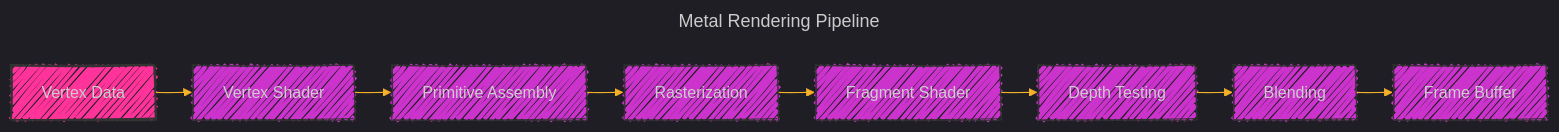
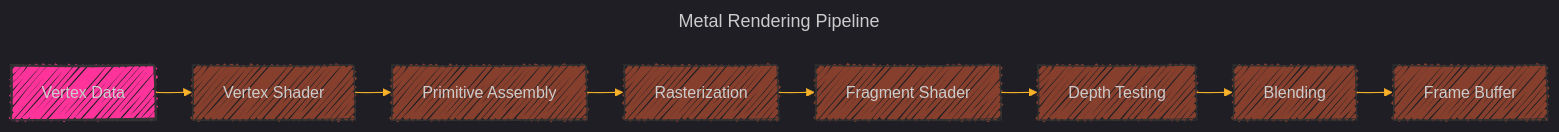
The sixth of 8 diagrams in Documentation_Consolidated_Version_Draft_2.md (CongLeSolutionX/Metal-Primitives), drawn with Mermaid before and after one commit. The commit also changed other lines of this file, not shown here.

````diff
--- a/Documentation_Consolidated_Version_Draft_2.md
+++ b/Documentation_Consolidated_Version_Draft_2.md
@@ -421,40 +421,40 @@
 ```mermaid
 ---
 title: Metal Rendering Pipeline
 config:
   layout: elk
   look: handDrawn
   theme: dark
 ---
 %%{
   init: {
     'fontFamily': 'verdana',
     'themeVariables': {
       'primaryColor': '#BB2528',
       'primaryTextColor': '#f529',
       'primaryBorderColor': '#7C0000',
       'lineColor': '#F8B229',
       'secondaryColor': '#006100',
       'tertiaryColor': '#fff'
     }
   }
 }%%
 graph LR
     A[Vertex Data] --> B[Vertex Shader]
     B --> C[Primitive Assembly]
     C --> D[Rasterization]
     D --> E[Fragment Shader]
     E --> F[Depth Testing]
     F --> G[Blending]
     G --> H[Frame Buffer]
 
     style A fill:#f39f,stroke:#333,stroke-width:2px
-    style B fill:#c3cf,stroke:#333,stroke-width:1px
-    style C fill:#c3cf,stroke:#333,stroke-width:1px
-    style D fill:#c3cf,stroke:#333,stroke-width:1px
-    style E fill:#c3cf,stroke:#333,stroke-width:1px
-    style F fill:#c3cf,stroke:#333,stroke-width:1px
-    style G fill:#c3cf,stroke:#333,stroke-width:1px
-    style H fill:#c3cf,stroke:#333,stroke-width:1px
+    style B fill:#c539,stroke:#333,stroke-width:1px
+    style C fill:#c539,stroke:#333,stroke-width:1px
+    style D fill:#c539,stroke:#333,stroke-width:1px
+    style E fill:#c539,stroke:#333,stroke-width:1px
+    style F fill:#c539,stroke:#333,stroke-width:1px
+    style G fill:#c539,stroke:#333,stroke-width:1px
+    style H fill:#c539,stroke:#333,stroke-width:1px
 
 ```
````
